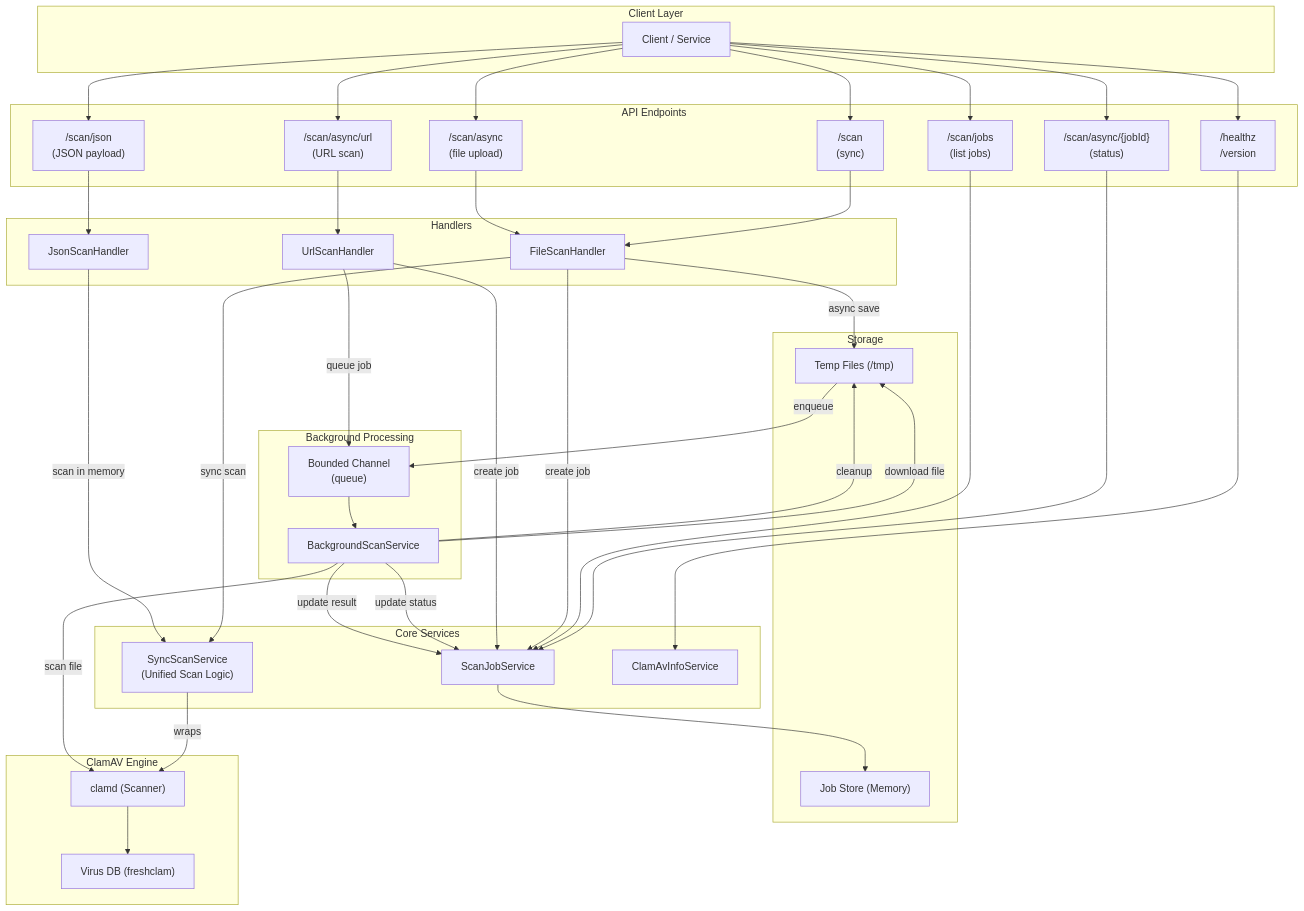
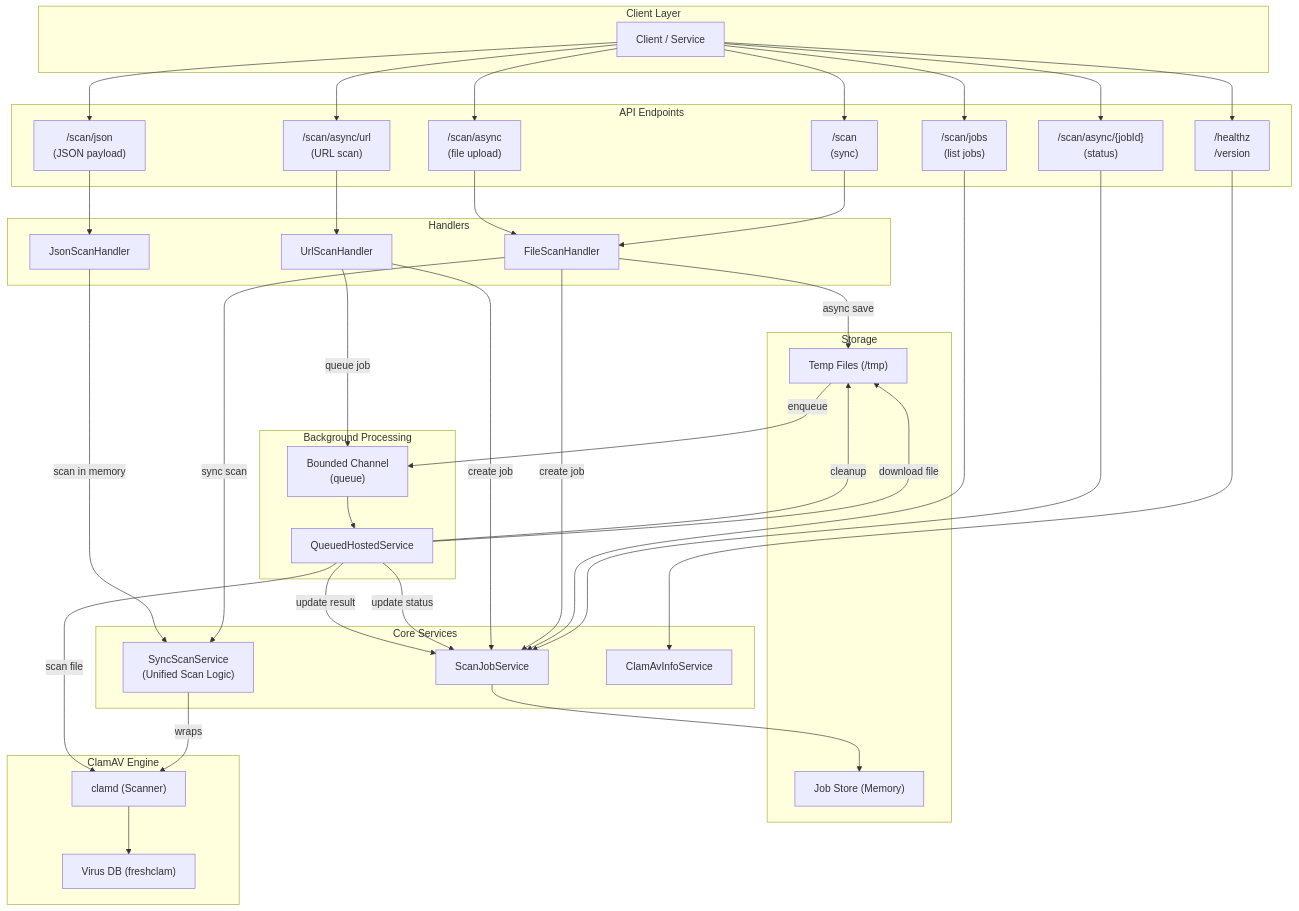
Before and after one commit to LaurentAerens/rsd-clamav-api-azure: the diagram in readme.md, drawn with Mermaid. The commit also changed other lines of this file, not shown here.

```diff
--- a/readme.md
+++ b/readme.md
@@ -73,7 +73,7 @@
     %% ─────────────────────────────
     subgraph BACKGROUND["Background Processing"]
         Channel["Bounded Channel<br/>(queue)"]
-        BGService["BackgroundScanService"]
+        BGService["QueuedHostedService"]
     end
 
     %% ─────────────────────────────
```
